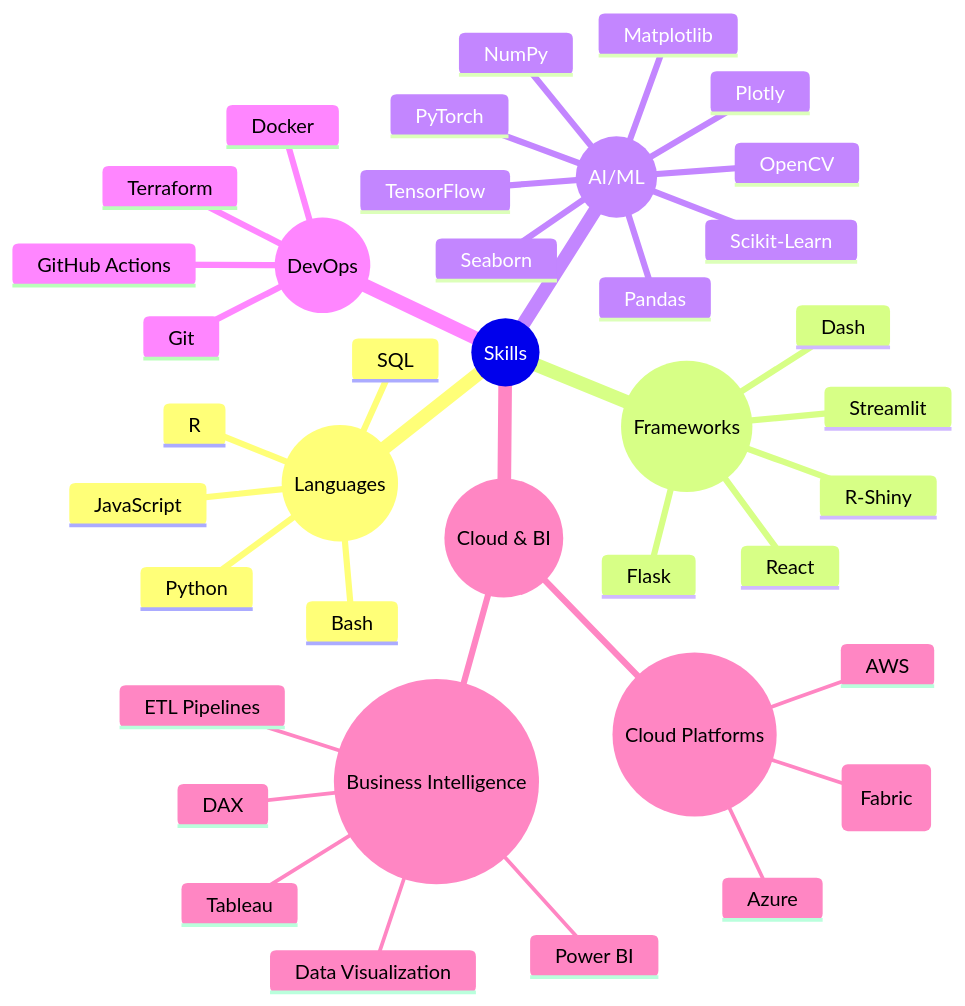
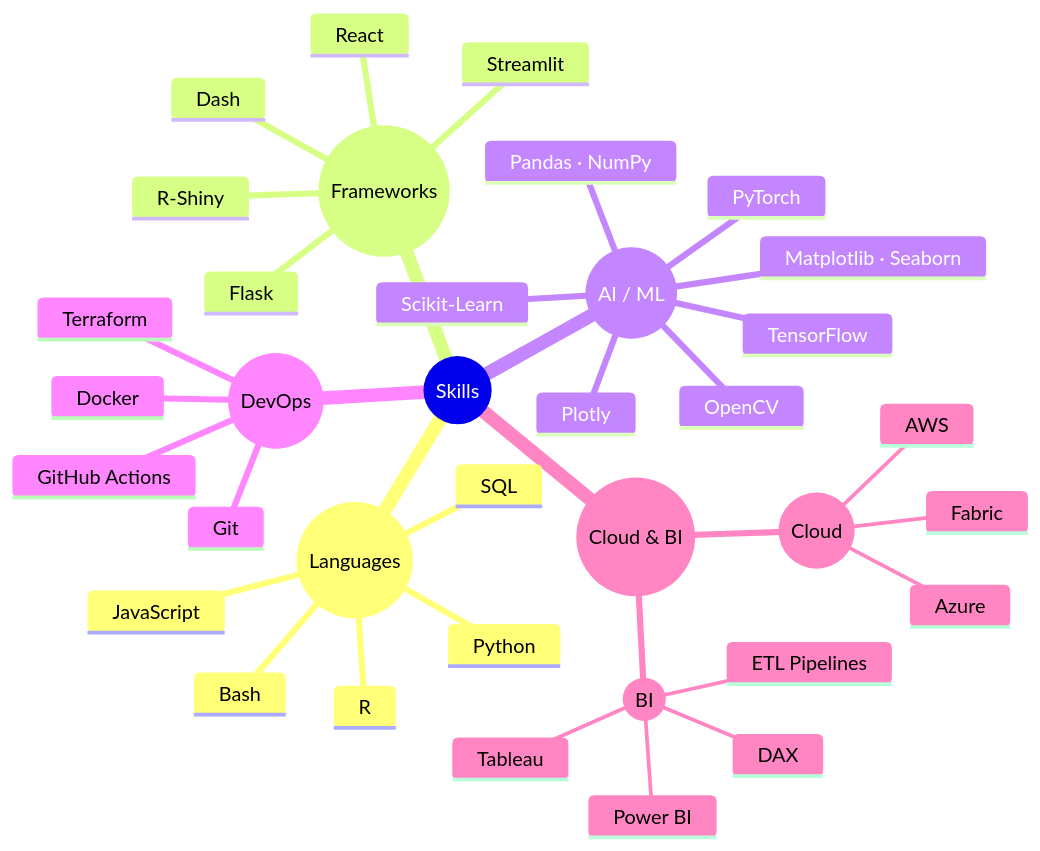
The diagram in README.md (pavansatya/pavansatya), drawn with Mermaid before and after one commit. The commit also changed other lines of this file, not shown here.

````diff
--- a/README.md
+++ b/README.md
@@ -59,42 +142,39 @@
 ```mermaid
 mindmap
   root((Skills))
     ((Languages))
       Python
       JavaScript
       R
       SQL
       Bash
     ((Frameworks))
       React
       Flask
       Dash
       R-Shiny
       Streamlit
-    ((AI/ML))
+    ((AI / ML))
       PyTorch
       TensorFlow
       Plotly
-      Pandas
-      NumPy
-      Matplotlib
-      Seaborn
+      Pandas · NumPy
+      Matplotlib · Seaborn
       Scikit-Learn
       OpenCV
     ((DevOps))
       Git
       Docker
       GitHub Actions
       Terraform
     ((Cloud & BI))
-      ((Cloud Platforms))
+      ((Cloud))
         Azure
         AWS
-        SaaS (Fabric)
-      ((Business Intelligence))
+        Fabric
+      ((BI))
         Power BI
         Tableau
-        Data Visualization
         DAX
         ETL Pipelines
 ```
````
